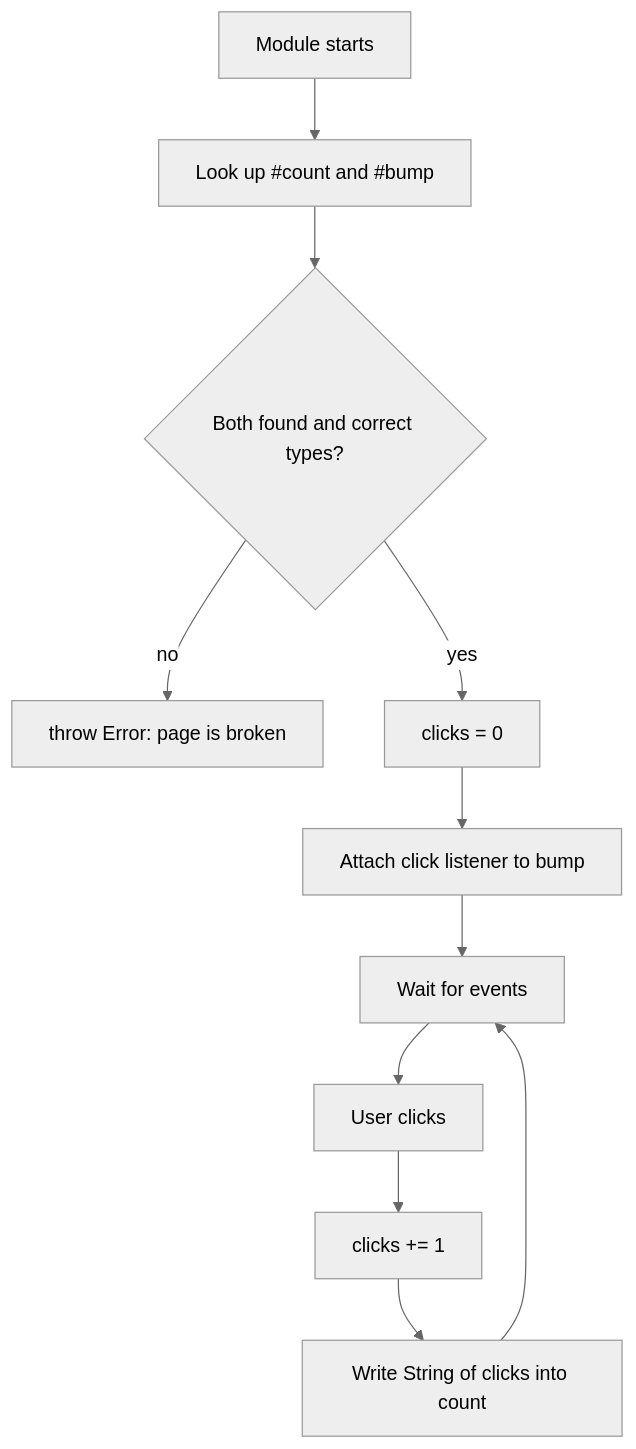
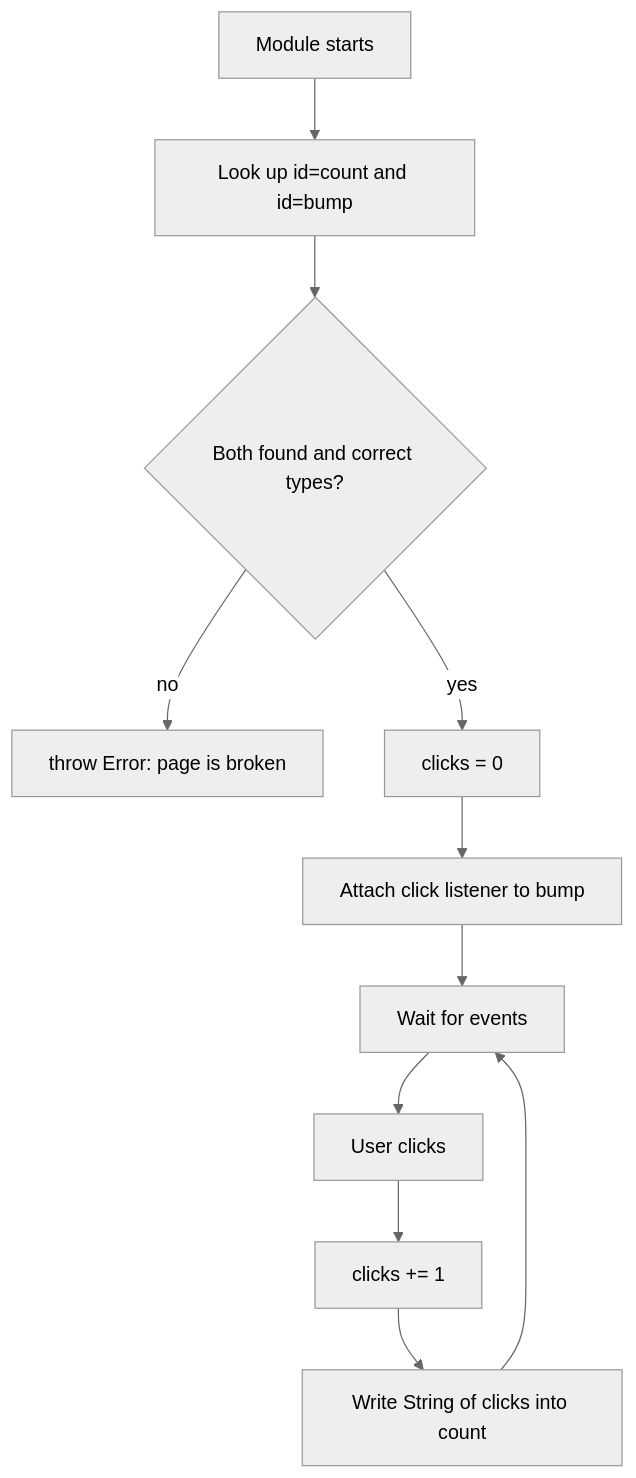
Before and after one commit to drsanti/hardware-interface-workshop: the second of 2 diagrams in web-app/ex00-hello/README.md, drawn with Mermaid (neutral theme). The commit also changed other lines of this file and 184 other files, not shown here.

````diff
--- a/web-app/ex00-hello/README.md
+++ b/web-app/ex00-hello/README.md
@@ -146,13 +146,13 @@
 ```mermaid
 flowchart TD
-  A[Module starts] --> B[Look up #count and #bump]
+  A[Module starts] --> B["Look up id=count and id=bump"]
   B --> C{Both found and correct types?}
-  C -- no --> D[throw Error: page is broken]
+  C -- no --> D["throw Error: page is broken"]
   C -- yes --> E[clicks = 0]
   E --> F[Attach click listener to bump]
   F --> G[Wait for events]
   G --> H[User clicks]
   H --> I[clicks += 1]
   I --> J[Write String of clicks into count]
   J --> G
 ```
````
